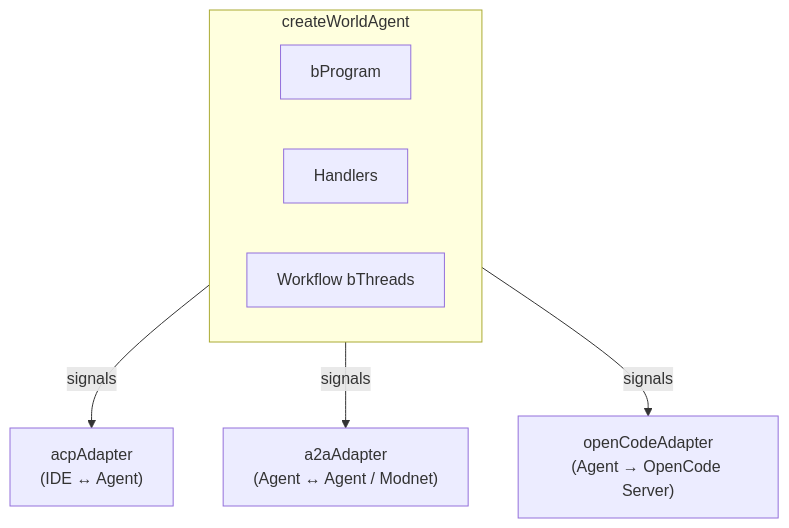
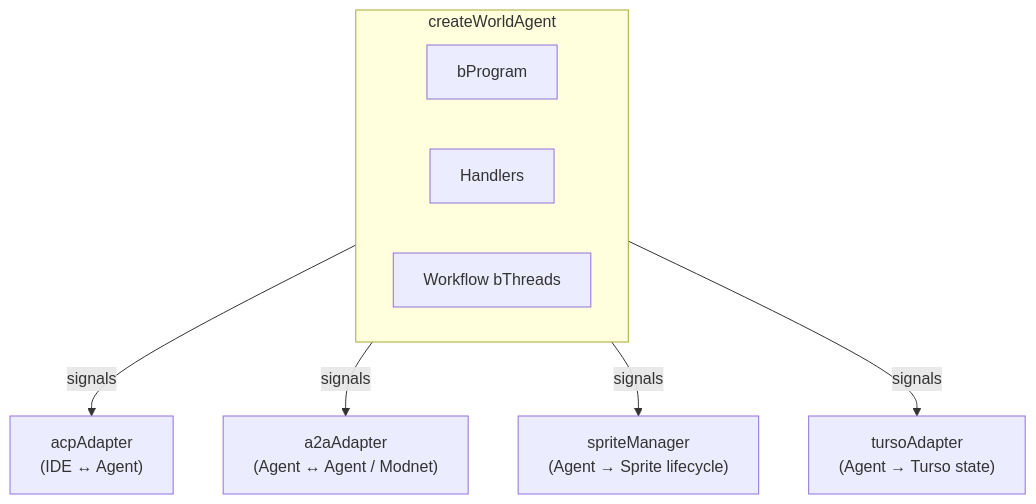
Diagram 12 of 12 in PLAITED-AGENT-PLAN.md (plaited/plaited), drawn with Mermaid before and after one commit. The commit also changed other lines of this file and 1 other file, not shown here.

First line of the commit message:
docs(agent): add OpenCode as sandbox coding runtime, update V8 plan

````diff
--- a/PLAITED-AGENT-PLAN.md
+++ b/PLAITED-AGENT-PLAN.md
@@ -1032,12 +1094,13 @@
 ```mermaid
 flowchart TB
     subgraph Agent["createWorldAgent"]
         BP["bProgram"]
         Handlers["Handlers"]
         BThreads["Workflow bThreads"]
     end
 
     Agent -->|"signals"| ACP["acpAdapter<br/>(IDE ↔ Agent)"]
     Agent -->|"signals"| A2A["a2aAdapter<br/>(Agent ↔ Agent / Modnet)"]
-    Agent -->|"signals"| OpenCode["openCodeAdapter<br/>(Agent → OpenCode Server)"]
+    Agent -->|"signals"| Sprite["spriteManager<br/>(Agent → Sprite lifecycle)"]
+    Agent -->|"signals"| Turso["tursoAdapter<br/>(Agent → Turso state)"]
 ```
````
